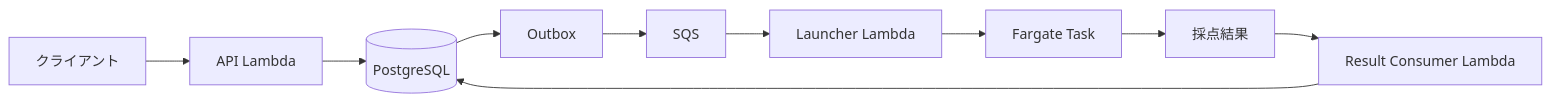
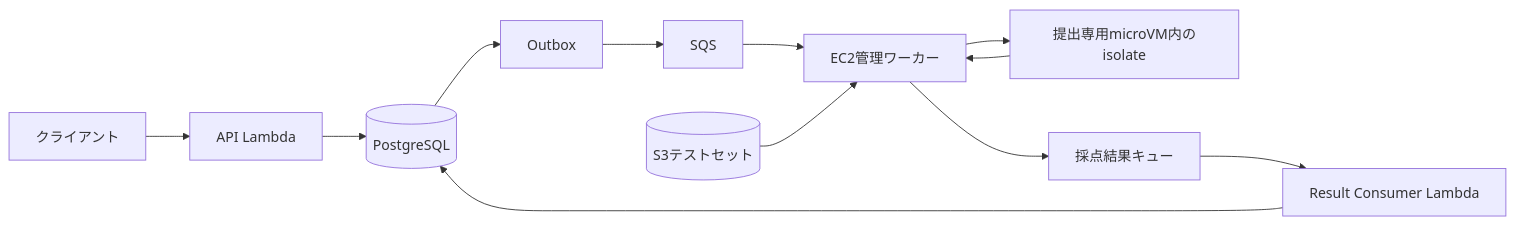
One commit to loop0919/judge changed the diagram in docs/judge/execution-model.md. Above: the diagram before and after it, drawn with Mermaid. The commit also changed other lines of this file and 8 other files, not shown here.

````diff
--- a/docs/judge/execution-model.md
+++ b/docs/judge/execution-model.md
@@ -15,12 +16,14 @@
 ```mermaid
 flowchart LR
     Client[クライアント] --> API[API Lambda]
     API --> DB[(PostgreSQL)]
     DB --> Outbox[Outbox]
     Outbox --> Queue[SQS]
-    Queue --> Launcher[Launcher Lambda]
-    Launcher --> Task[Fargate Task]
-    Task --> Result[採点結果]
+    Queue --> Worker[EC2管理ワーカー]
+    Worker --> Guest[提出専用microVM内のisolate]
+    Guest --> Worker
+    S3[(S3テストセット)] --> Worker
+    Worker --> Result[採点結果キュー]
     Result --> Consumer[Result Consumer Lambda]
     Consumer --> DB
 ```
````
